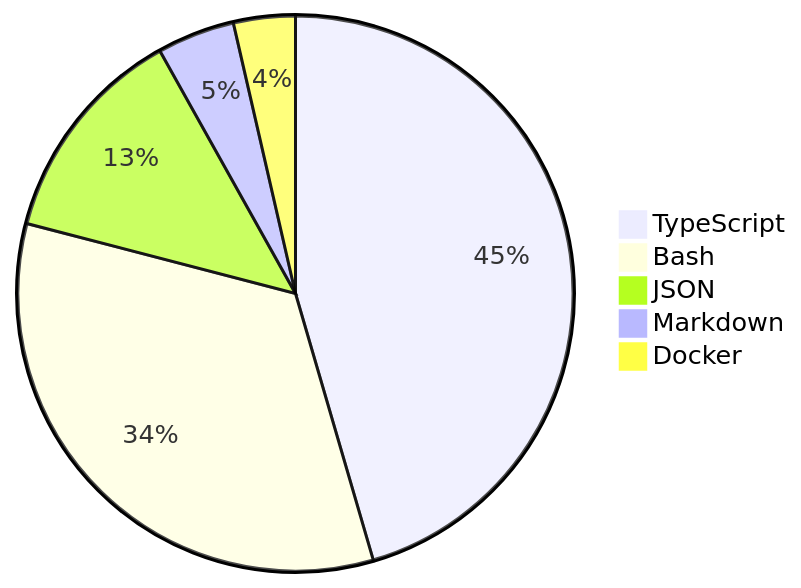
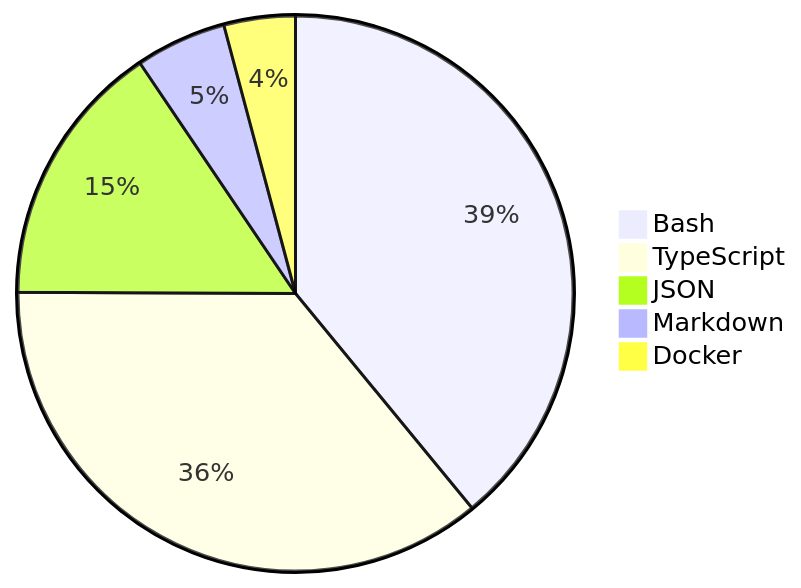
Before and after one commit to skvggor/skvggor: the diagram in README.md, drawn with Mermaid.

Commit message:
Updated waka-readme graph with new metrics

````diff
--- a/README.md
+++ b/README.md
@@ -28,8 +28,8 @@
 ```mermaid
 pie
-    "TypeScript" : 44.3
-    "Bash" : 32.7
-    "JSON" : 12.5
-    "Markdown" : 4.4
-    "Docker" : 3.5
+    "Bash" : 37.6
+    "TypeScript" : 34.7
+    "JSON" : 14.9
+    "Markdown" : 5.1
+    "Docker" : 4.0
 ```
````
